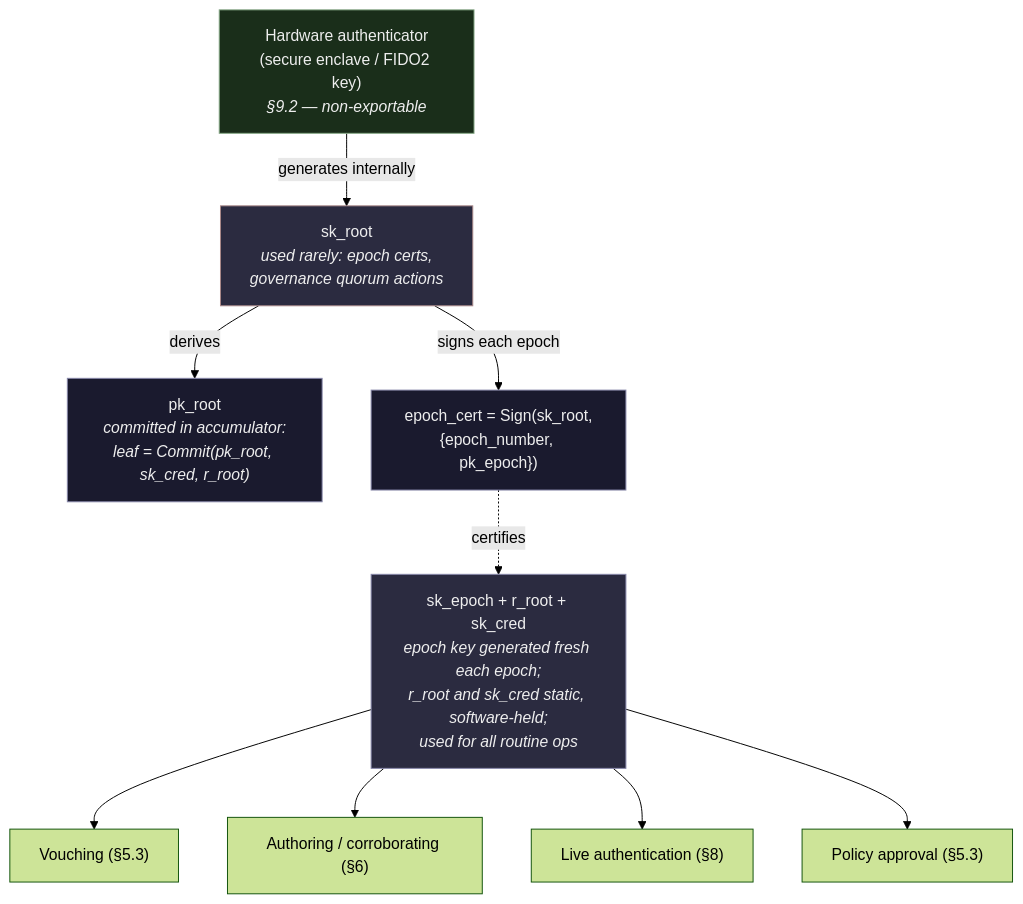
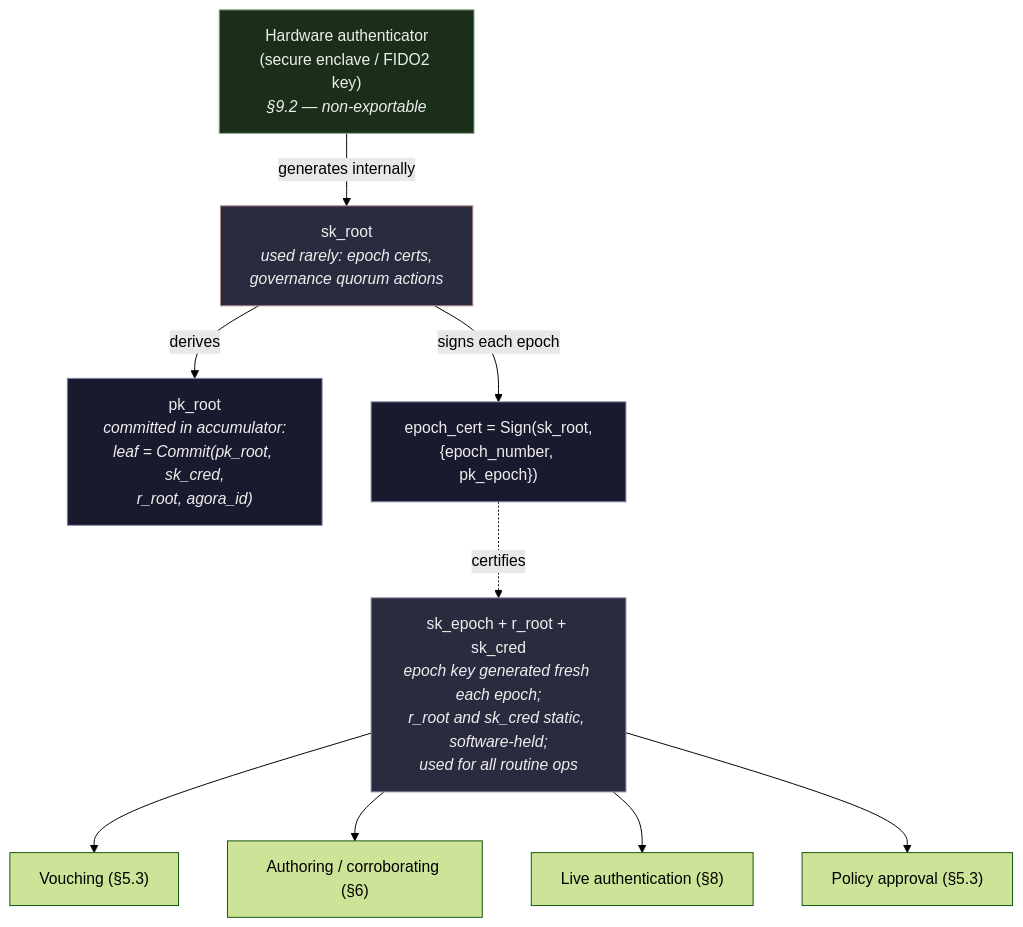
The fifth of 6 diagrams in spec/nymora-protocol.md (xyberal/nymora), drawn with Mermaid (forest theme) before and after one commit. The commit also changed other lines of this file and 6 other files, not shown here.

````diff
--- a/spec/nymora-protocol.md
+++ b/spec/nymora-protocol.md
@@ -646,20 +648,20 @@
 ```mermaid
 graph TD
     HW["Hardware authenticator<br/>(secure enclave / FIDO2 key)<br/><i>§9.2 — non-exportable</i>"]
     HW -->|generates internally| SKR["sk_root<br/><i>used rarely: epoch certs,<br/>governance quorum actions</i>"]
-    SKR -->|derives| PKR["pk_root<br/><i>committed in accumulator:<br/>leaf = Commit(pk_root, sk_cred, r_root)</i>"]
+    SKR -->|derives| PKR["pk_root<br/><i>committed in accumulator:<br/>leaf = Commit(pk_root, sk_cred,<br/>r_root, agora_id)</i>"]
     SKR -->|"signs each epoch"| CERT["epoch_cert = Sign(sk_root,<br/>{epoch_number, pk_epoch})"]
 
     CERT -.->|"certifies"| SKE["sk_epoch + r_root + sk_cred<br/><i>epoch key generated fresh each epoch;<br/>r_root and sk_cred static, software-held;<br/>used for all routine ops</i>"]
 
     SKE --> V["Vouching (§5.3)"]
     SKE --> AU["Authoring / corroborating (§6)"]
     SKE --> LA["Live authentication (§8)"]
     SKE --> GOV["Policy approval (§5.3)"]
 
     style HW fill:#1a2e1a,stroke:#88aa88,color:#eee
     style SKR fill:#2b2b40,stroke:#aa8888,color:#eee
     style SKE fill:#2b2b40,stroke:#8888aa,color:#eee
     style PKR fill:#1a1a2e,stroke:#8888aa,color:#eee
     style CERT fill:#1a1a2e,stroke:#8888aa,color:#eee
 ```
````
